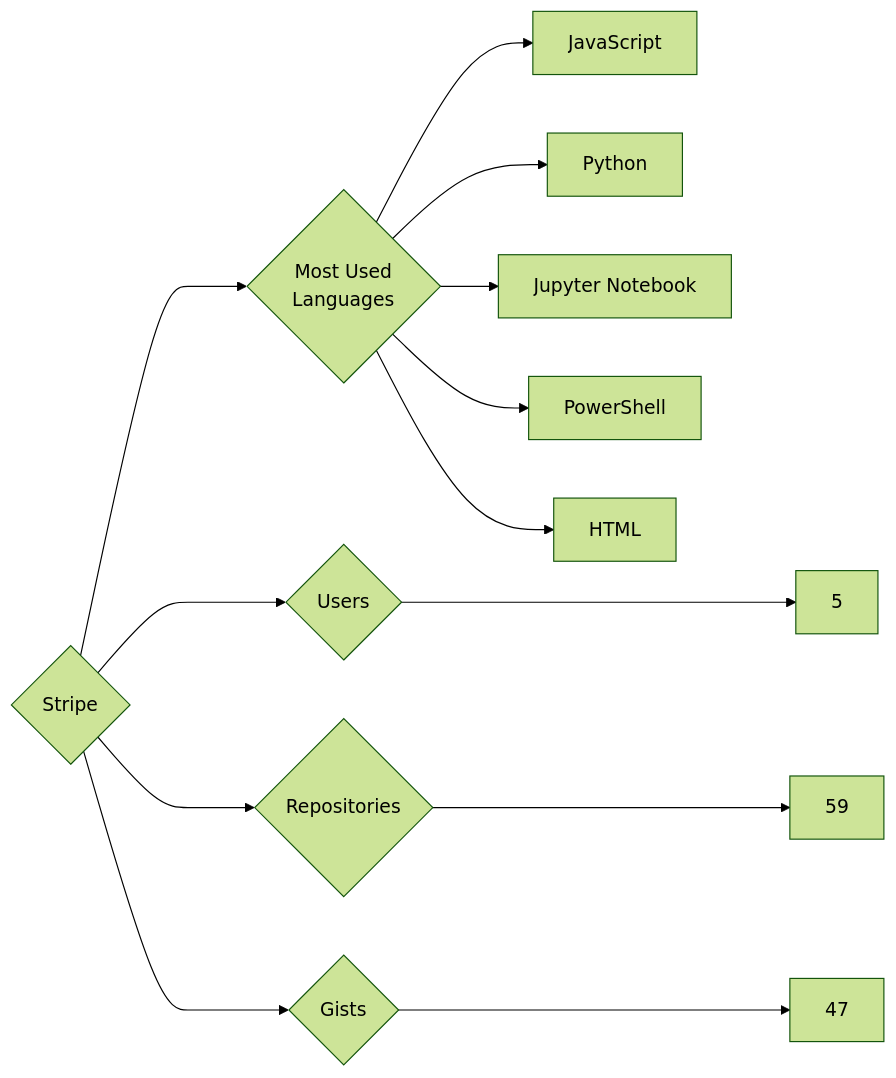
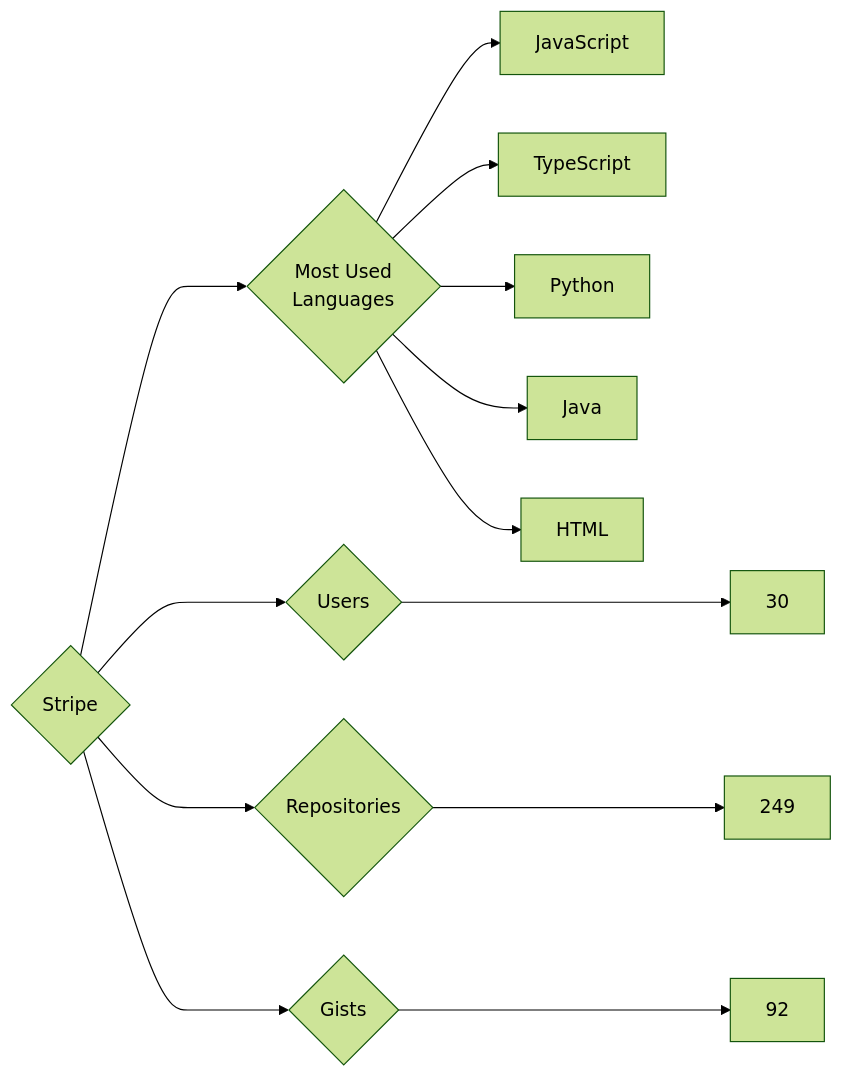
The diagram in targets/Stripe/README.md (trickest/insiders), drawn with Mermaid (forest theme) before and after one commit. The commit also changed 955 other files, not shown here.

````diff
--- a/targets/Stripe/README.md
+++ b/targets/Stripe/README.md
@@ -3,13 +3,13 @@
 ```mermaid
 graph LR
 COMPANY_NAME{Stripe}
-COMPANY_NAME ---> U{Users} ---> UN[5]
-COMPANY_NAME ---> R{Repositories} ---> RN[59]
-COMPANY_NAME ---> G{Gists} ---> GN[47]
+COMPANY_NAME ---> U{Users} ---> UN[30]
+COMPANY_NAME ---> R{Repositories} ---> RN[249]
+COMPANY_NAME ---> G{Gists} ---> GN[92]
 COMPANY_NAME ---> ML{Most Used<br>Languages}
 ML --> JavaScript[JavaScript]
+ML --> TypeScript[TypeScript]
 ML --> Python[Python]
-ML --> Jupyter_Notebook[Jupyter Notebook]
-ML --> PowerShell[PowerShell]
+ML --> Java[Java]
 ML --> HTML[HTML]
 ```
````
